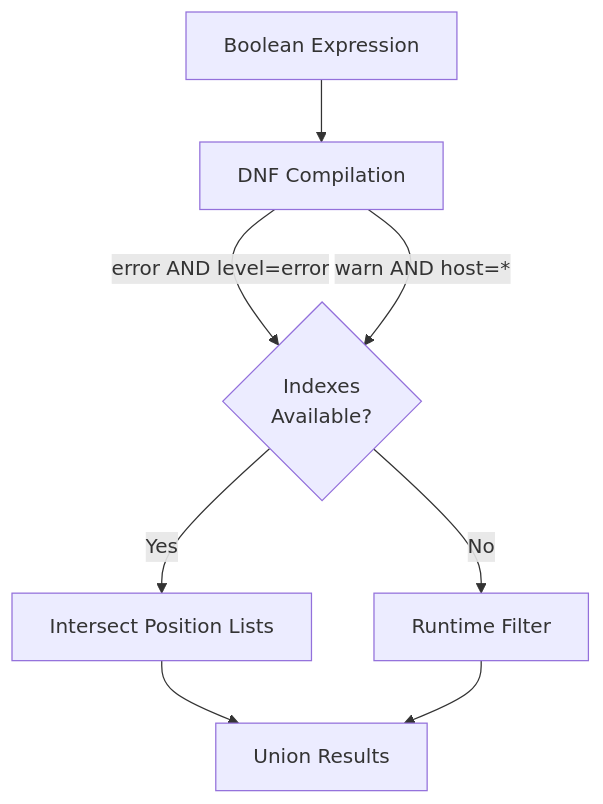
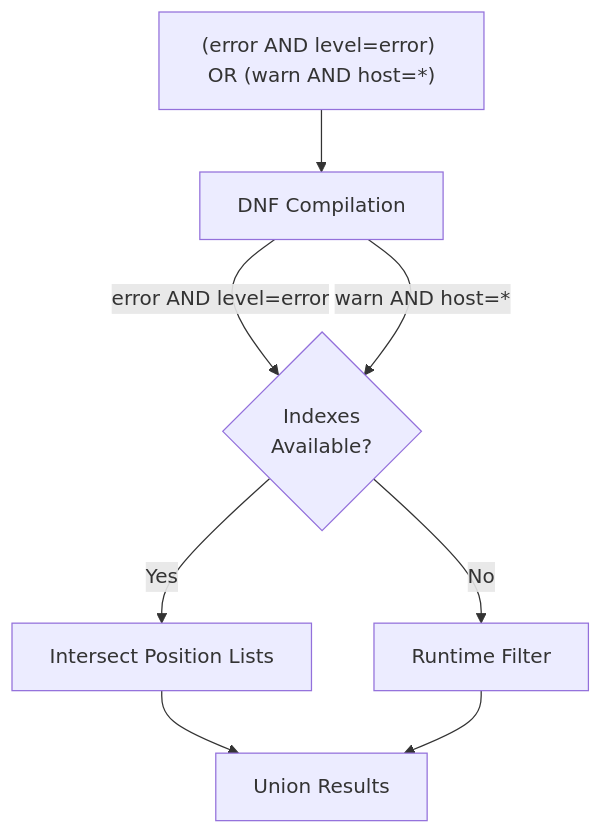
Before and after one commit to kluzzebass/gastrolog: the second of 2 diagrams in frontend/src/help/indexers.md, drawn with Mermaid.

Commit message:
docs: show original query expression in indexers DNF diagram

````diff
--- a/frontend/src/help/indexers.md
+++ b/frontend/src/help/indexers.md
@@ -81,10 +81,10 @@
 ```mermaid
 flowchart TD
-    A[Boolean Expression] --> B[DNF Compilation]
+    Q["(error AND level=error) OR (warn AND host=*)"] --> B[DNF Compilation]
     B -->|error AND level=error| E{Indexes<br/>Available?}
     B -->|warn AND host=*| E
     E -->|Yes| F[Intersect Position Lists]
     E -->|No| G[Runtime Filter]
     F --> H[Union Results]
     G --> H
 ```
````
